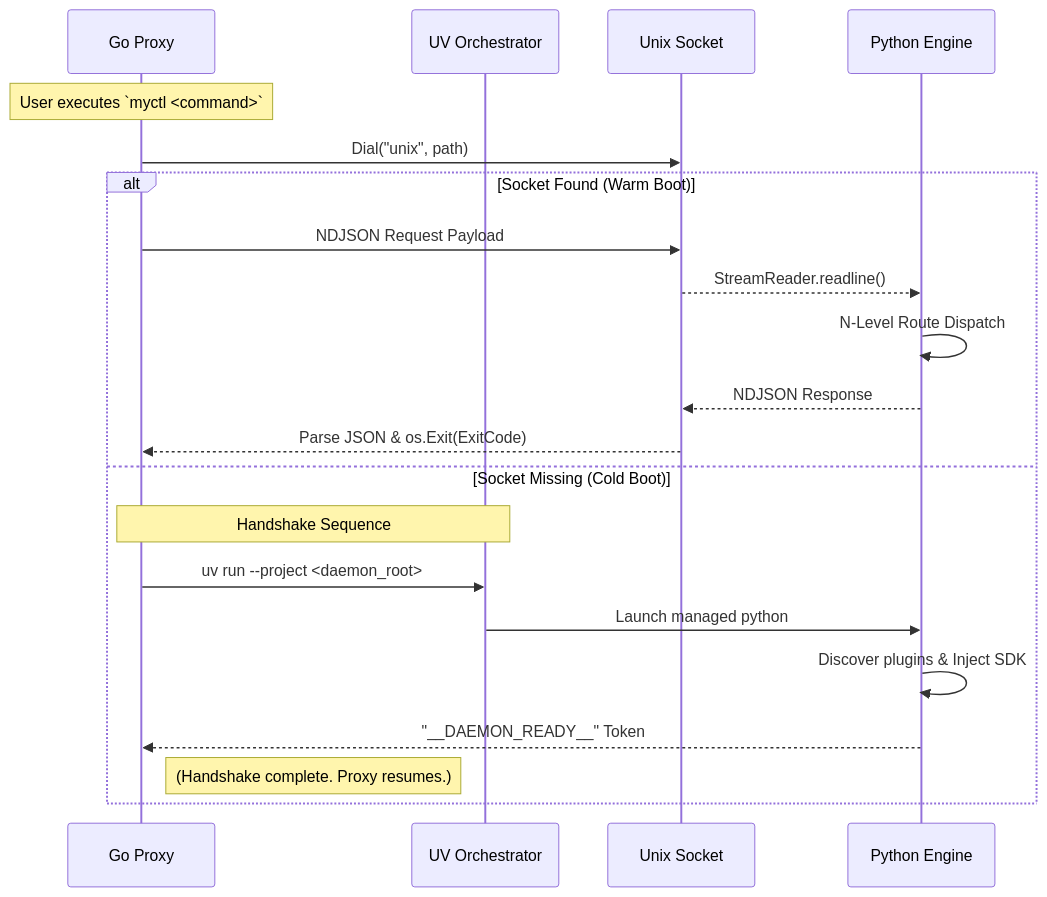
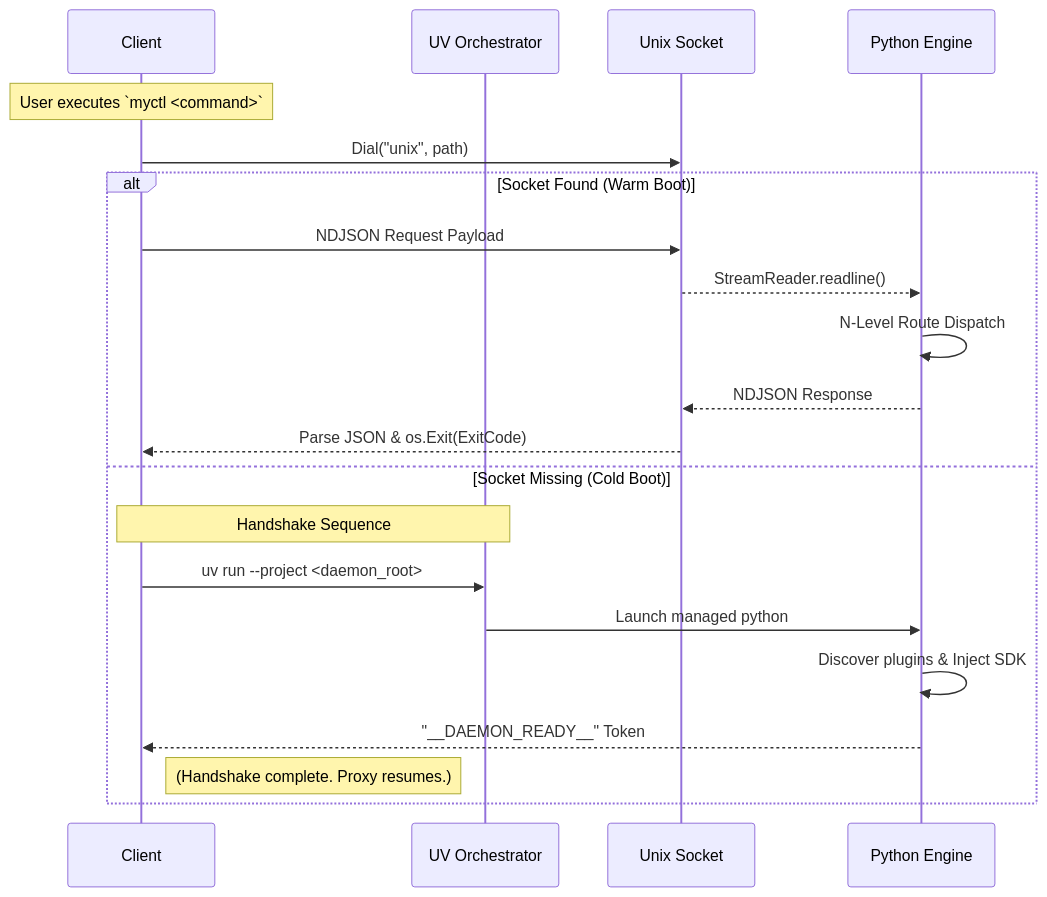
The diagram in docs/md/technical/architecture.md (mydehq/MyCTL-Next), drawn with Mermaid before and after one commit. The commit also changed other lines of this file and 18 other files, not shown here.

````diff
--- a/docs/md/technical/architecture.md
+++ b/docs/md/technical/architecture.md
@@ -73,25 +80,25 @@
 ```mermaid
 sequenceDiagram
-    participant CLI as Go Proxy
+    participant CLI as Client
     participant UV as UV Orchestrator
     participant Socket as Unix Socket
     participant Engine as Python Engine
 
     Note over CLI: User executes `myctl <command>`
 
     CLI->>Socket: Dial("unix", path)
     alt Socket Found (Warm Boot)
         CLI->>Socket: NDJSON Request Payload
         Socket-->>Engine: StreamReader.readline()
         Engine->>Engine: N-Level Route Dispatch
         Engine-->>Socket: NDJSON Response
         Socket-->>CLI: Parse JSON & os.Exit(ExitCode)
     else Socket Missing (Cold Boot)
         Note over CLI, UV: Handshake Sequence
         CLI->>UV: uv run --project <daemon_root>
         UV->>Engine: Launch managed python
         Engine->>Engine: Discover plugins & Inject SDK
         Engine-->>CLI: "__DAEMON_READY__" Token
         Note right of CLI: (Handshake complete. Proxy resumes.)
     end
 ```
````
